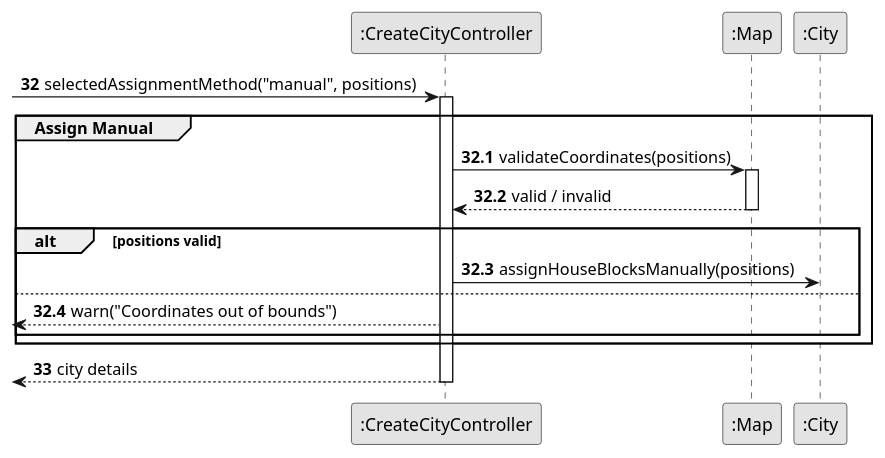
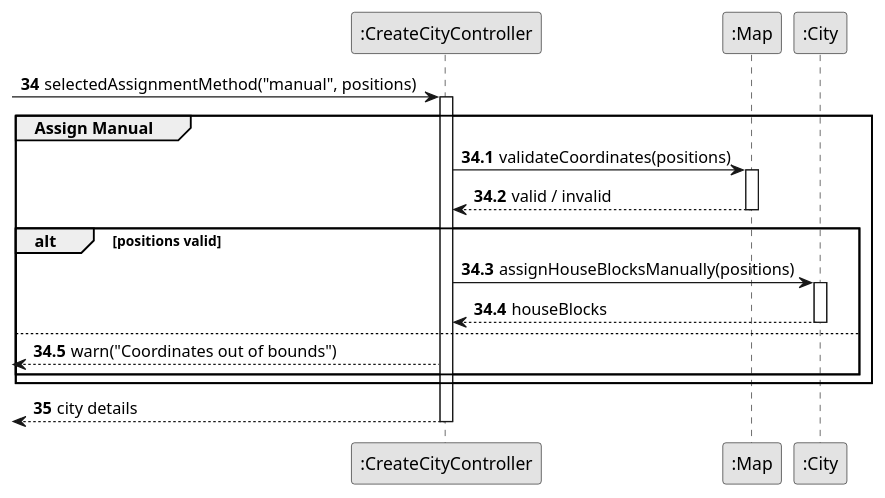
The diagram in docs/system-documentation/US003/03.design/puml/US003-SD-partial-assign-manual.puml (1240826/empire-on-tracks), drawn with PlantUML before and after one commit. The commit also changed 16 other files, not shown here.

```diff
--- a/docs/system-documentation/US003/03.design/puml/US003-SD-partial-assign-manual.puml
+++ b/docs/system-documentation/US003/03.design/puml/US003-SD-partial-assign-manual.puml
@@ -1,34 +1,37 @@
 @startuml
 skinparam monochrome true
 skinparam packageStyle rectangle
 skinparam shadowing false
 
 participant ":CreateCityController" as Controller
 participant ":Map" as Map
 participant ":City" as City
 
-autonumber 32
+autonumber 34
 -> Controller : selectedAssignmentMethod("manual", positions)
 
-autonumber 32.1
+autonumber 34.1
 
 activate Controller
 
     group Assign Manual
         Controller -> Map : validateCoordinates(positions)
            activate Map
            Map --> Controller : valid / invalid
            deactivate Map
 
            alt positions valid
            Controller -> City : assignHouseBlocksManually(positions)
+           activate City
+                           City --> Controller : houseBlocks
+                           deactivate City
            else
            <-- Controller : warn("Coordinates out of bounds")
            end
     end
-    autonumber 33
+    autonumber 35
     <-- Controller : city details
 
 deactivate Controller
 
 @enduml
```
